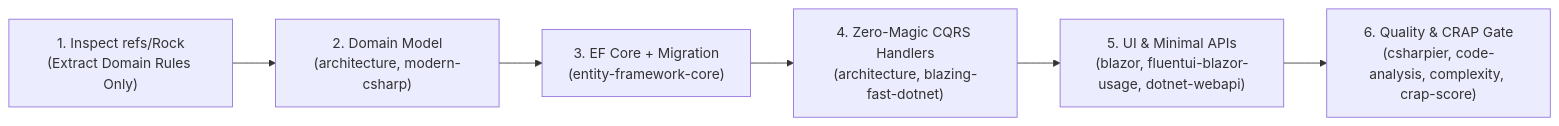
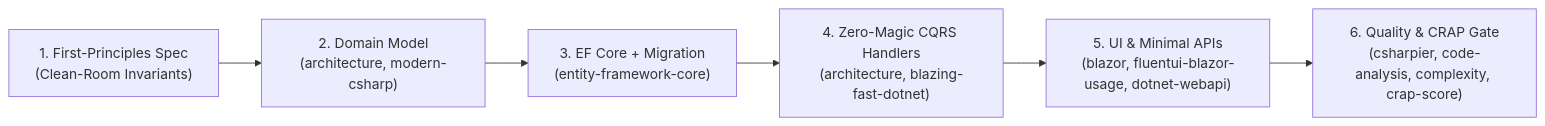
The first of 2 diagrams in docs/IMPLEMENTATION_PLAN.md (reginald-chapple/Ruth), drawn with Mermaid before and after one commit. The commit also changed other lines of this file and 330 other files, not shown here.

````diff
--- a/docs/IMPLEMENTATION_PLAN.md
+++ b/docs/IMPLEMENTATION_PLAN.md
@@ -109,8 +112,8 @@
 ```mermaid
 flowchart LR
-    A["1. Inspect refs/Rock<br/>(Extract Domain Rules Only)"] --> B["2. Domain Model<br/>(architecture, modern-csharp)"]
+    A["1. First-Principles Spec<br/>(Clean-Room Invariants)"] --> B["2. Domain Model<br/>(architecture, modern-csharp)"]
     B --> C["3. EF Core + Migration<br/>(entity-framework-core)"]
     C --> D["4. Zero-Magic CQRS Handlers<br/>(architecture, blazing-fast-dotnet)"]
     D --> E["5. UI & Minimal APIs<br/>(blazor, fluentui-blazor-usage, dotnet-webapi)"]
     E --> F["6. Quality & CRAP Gate<br/>(csharpier, code-analysis, complexity, crap-score)"]
 ```
````
